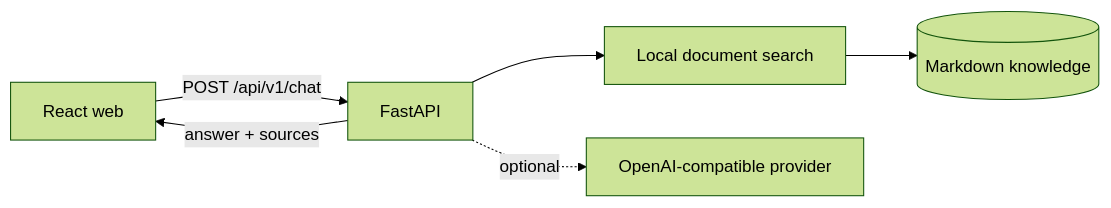
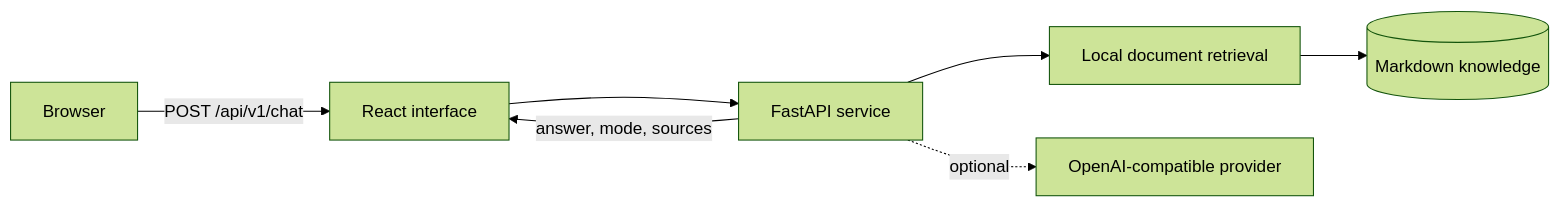
One commit to jzjzzzzzzz/agent-me changed the diagram in README.md. Above: the diagram before and after it, drawn with Mermaid (forest theme). The commit also changed other lines of this file and 14 other files, not shown here.

````diff
--- a/README.md
+++ b/README.md
@@ -23,8 +51,9 @@
-```mermaid
+~~~mermaid
 flowchart LR
-  Browser[React web] -->|POST /api/v1/chat| API[FastAPI]
-  API --> Search[Local document search]
+  User[Browser] -->|POST /api/v1/chat| Web[React interface]
+  Web --> API[FastAPI service]
+  API --> Search[Local document retrieval]
   Search --> Docs[(Markdown knowledge)]
   API -. optional .-> Provider[OpenAI-compatible provider]
-  API -->|answer + sources| Browser
-```
+  API -->|answer, mode, sources| Web
+~~~
````
